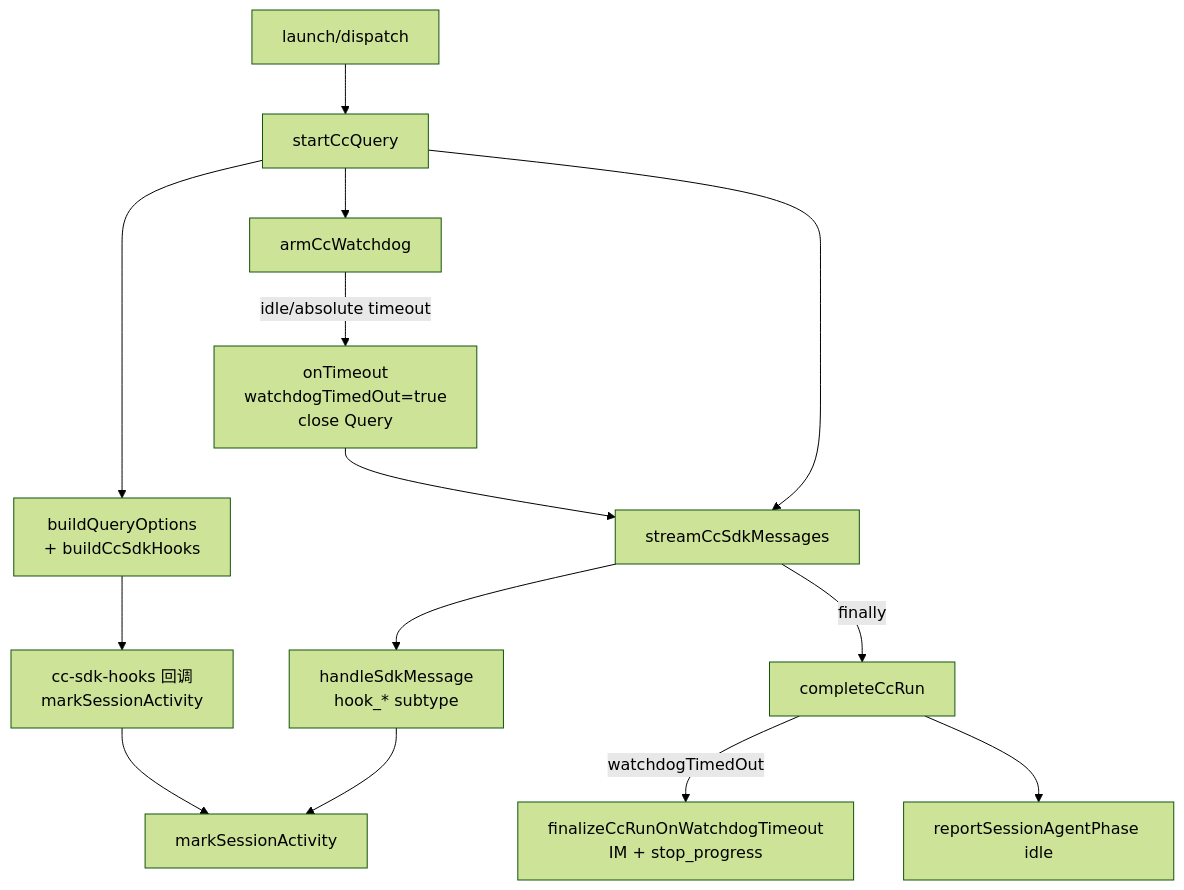
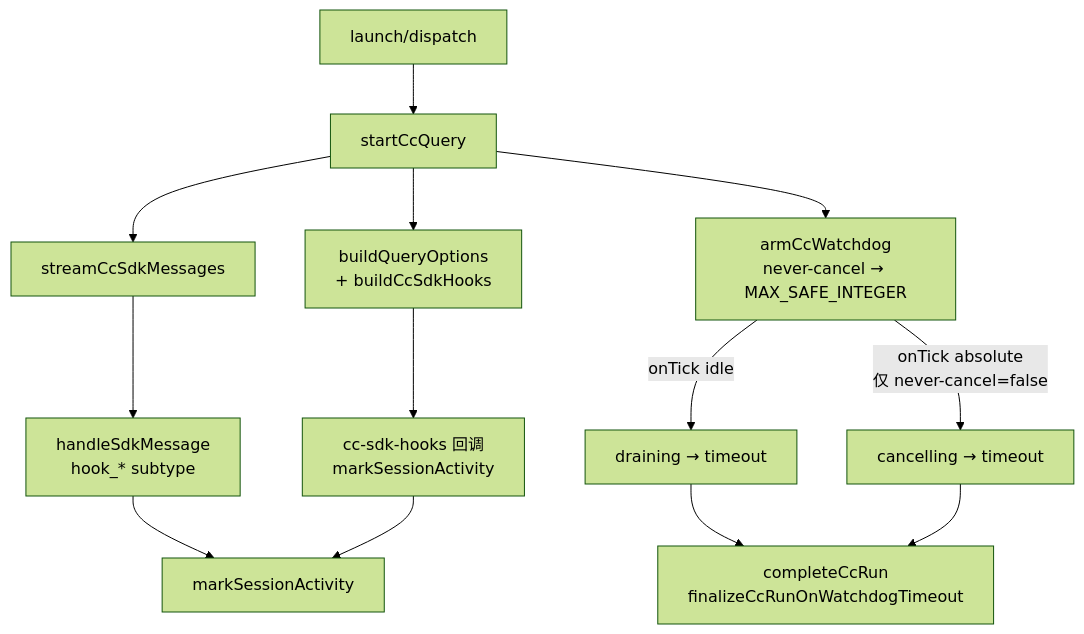
One commit to suveng/cursor-claw changed the diagram in knowledge/变更/归档/20260630100827-CC路径watchdog超时对称收尾与用户通知/05-summary.md. Above: the diagram before and after it, drawn with Mermaid (forest theme). The commit also changed other lines of this file and 8 other files, not shown here.

````diff
--- a/knowledge/变更/归档/20260630100827-CC路径watchdog超时对称收尾与用户通知/05-summary.md
+++ b/knowledge/变更/归档/20260630100827-CC路径watchdog超时对称收尾与用户通知/05-summary.md
@@ -36,16 +39,15 @@
 ```mermaid
 flowchart TD
   launch["launch/dispatch"] --> startQ["startCcQuery"]
   startQ --> bqo["buildQueryOptions\n+ buildCcSdkHooks"]
-  startQ --> arm["armCcWatchdog"]
+  startQ --> arm["armCcWatchdog\nnever-cancel → MAX_SAFE_INTEGER"]
   startQ --> stream["streamCcSdkMessages"]
   bqo --> hooksCB["cc-sdk-hooks 回调\nmarkSessionActivity"]
   stream --> hsm["handleSdkMessage\nhook_* subtype"]
   hsm --> act["markSessionActivity"]
   hooksCB --> act
-  arm -->|"idle/absolute timeout"| ot["onTimeout\nwatchdogTimedOut=true\nclose Query"]
-  ot --> stream
-  stream -->|"finally"| ccr["completeCcRun"]
-  ccr -->|"watchdogTimedOut"| fin["finalizeCcRunOnWatchdogTimeout\nIM + stop_progress"]
-  ccr --> idle["reportSessionAgentPhase idle"]
+  arm -->|"onTick idle"| otIdle["draining → timeout"]
+  arm -->|"onTick absolute\n仅 never-cancel=false"| otAbs["cancelling → timeout"]
+  otIdle --> fin["completeCcRun\nfinalizeCcRunOnWatchdogTimeout"]
+  otAbs --> fin
 ```
````
